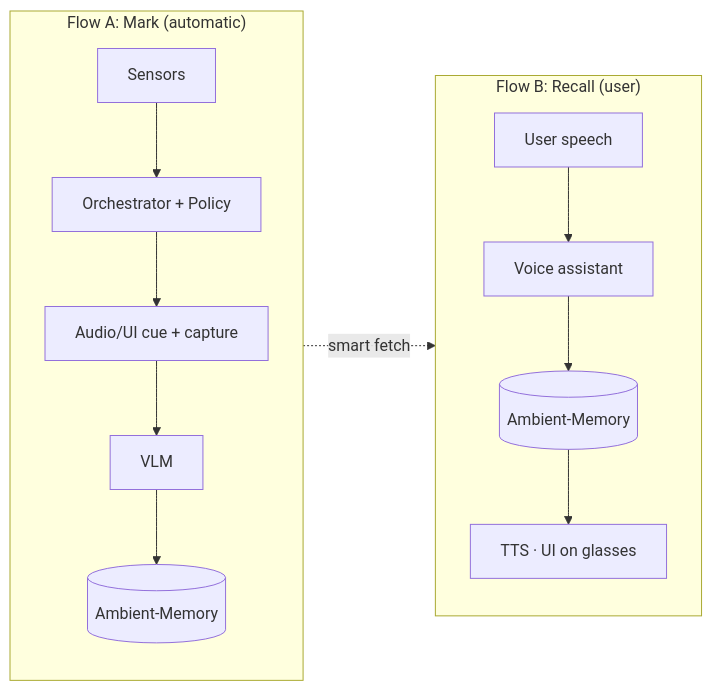
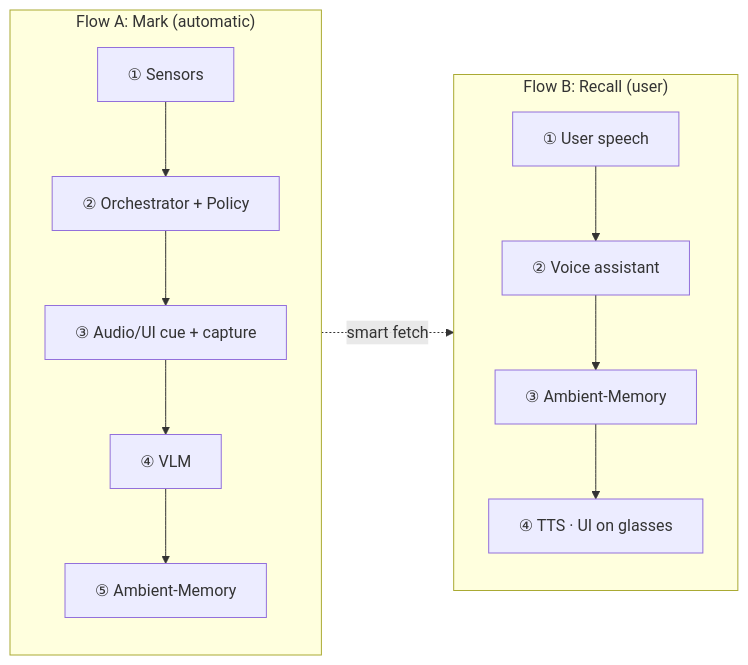
One commit to penkesiva/wer-26 changed the third of 3 diagrams in tmp/idea2.md. Above: the diagram before and after it, drawn with Mermaid. The commit also changed other lines of this file and 2 other files, not shown here.

First line of the commit message:
docs(idea2): add diagram numbering on flows and park path

````diff
--- a/tmp/idea2.md
+++ b/tmp/idea2.md
@@ -119,19 +134,19 @@
 ```mermaid
 flowchart LR
     subgraph Park["Flow A: Mark (automatic)"]
         direction TB
-        A1[Sensors] --> A2[Orchestrator + Policy]
-        A2 --> A3[Audio/UI cue + capture]
-        A3 --> A4[VLM]
-        A4 --> A5[(Ambient-Memory)]
+        A1["① Sensors"] --> A2["② Orchestrator + Policy"]
+        A2 --> A3["③ Audio/UI cue + capture"]
+        A3 --> A4["④ VLM"]
+        A4 --> A5["⑤ Ambient-Memory"]
     end
 
     subgraph Recall["Flow B: Recall (user)"]
         direction TB
-        B1[User speech] --> B2[Voice assistant]
-        B2 --> B5[(Ambient-Memory)]
-        B5 --> B3[TTS · UI on glasses]
+        B1["① User speech"] --> B2["② Voice assistant"]
+        B2 --> B5["③ Ambient-Memory"]
+        B5 --> B3["④ TTS · UI on glasses"]
     end
 
     A5 -.->|smart fetch| B5
 ```
````
